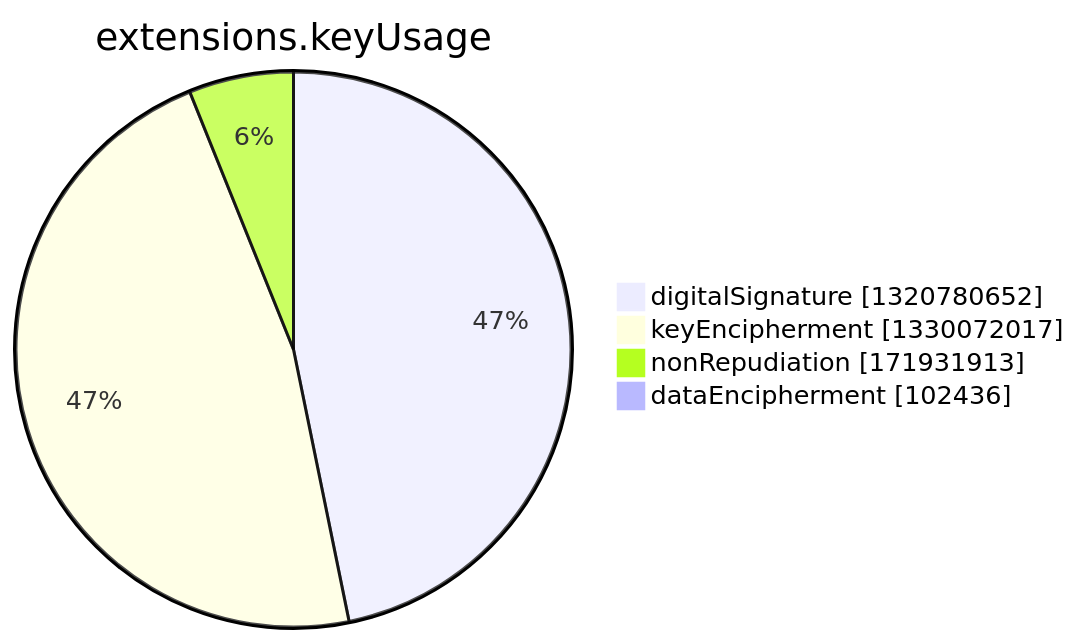
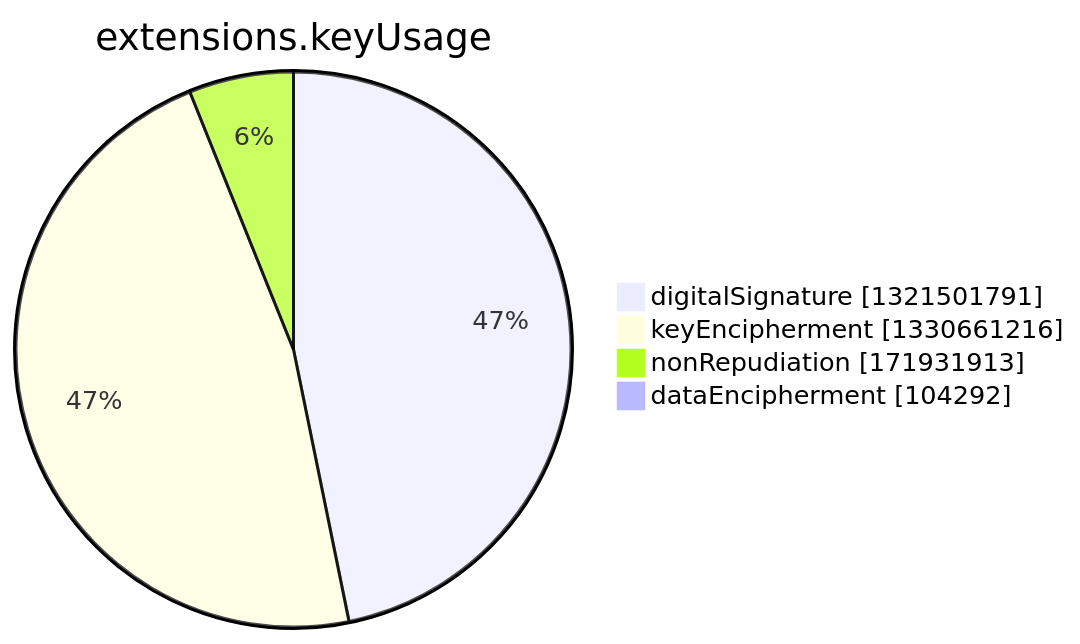
One commit to christiankrug/ctmonitor_visualization changed the seventh of 15 diagrams in argon2022/README.md. Above: the diagram before and after it, drawn with Mermaid. The commit also changed other lines of this file, not shown here.

````diff
--- a/argon2022/README.md
+++ b/argon2022/README.md
@@ -2750,8 +2750,8 @@
 ```mermaid
 pie showData
 title extensions.keyUsage
-"digitalSignature" :1320780652
-"keyEncipherment" :1330072017
+"digitalSignature" :1321501791
+"keyEncipherment" :1330661216
 "nonRepudiation" :171931913
-"dataEncipherment" :102436
+"dataEncipherment" :104292
 ```
````
